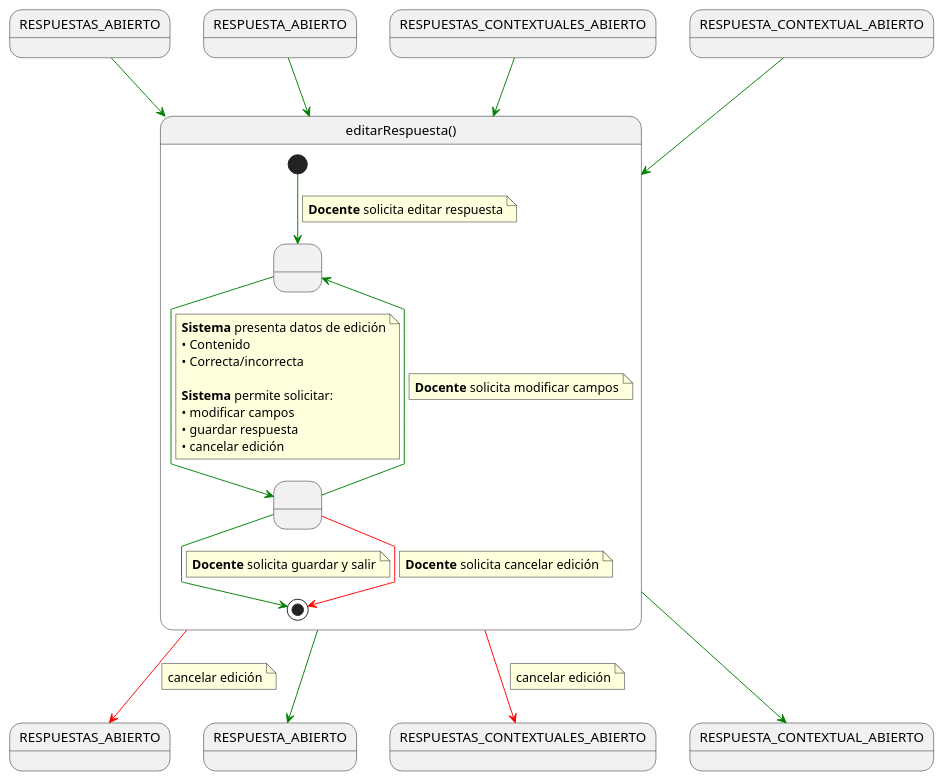
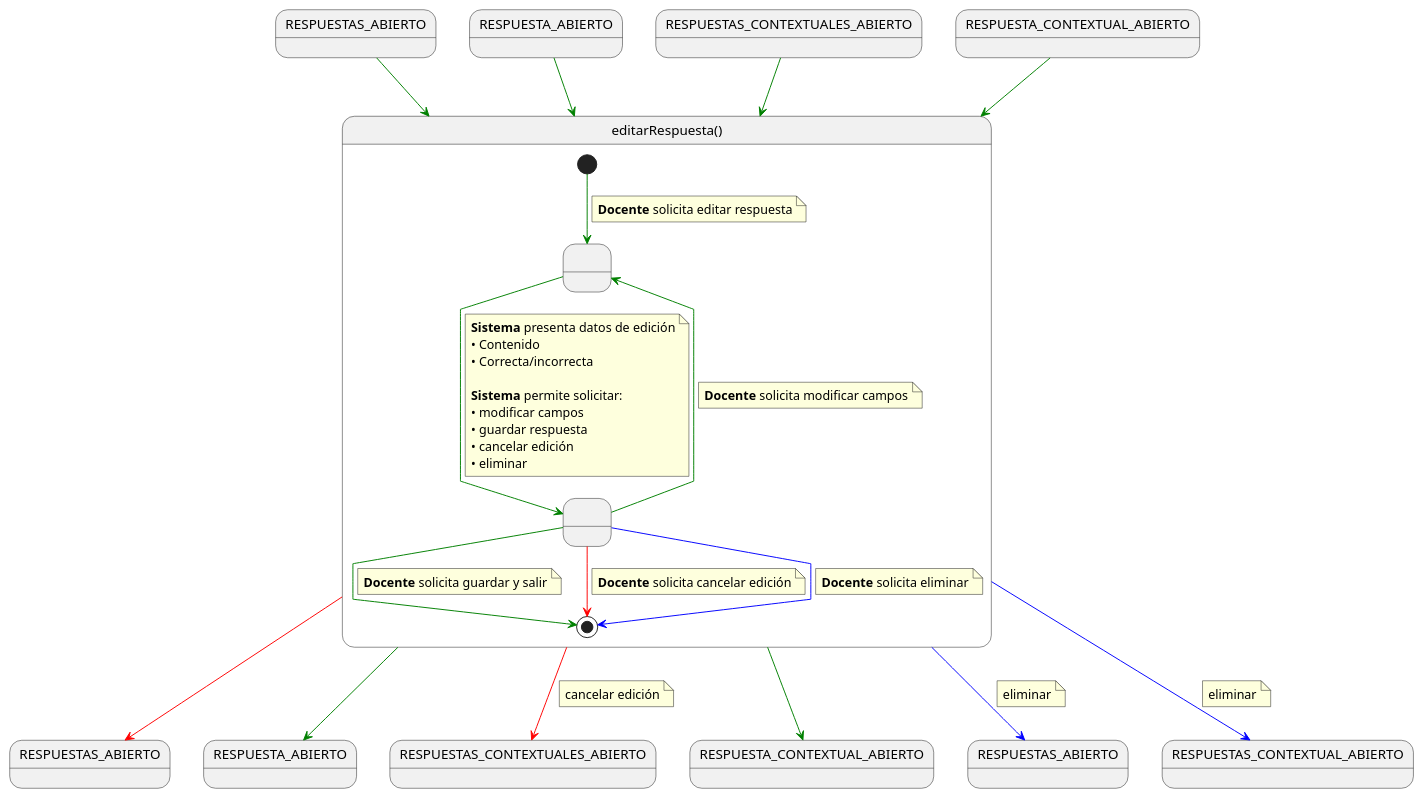
One commit to martinlopez7/25-26-IdSw1-SdR changed the diagram in documents/casos-de-uso/detalladoCasosDeUso/editarRespuesta/editarRespuesta.puml. Above: the diagram before and after it, drawn with PlantUML. The commit also changed 64 other files, not shown here.

```diff
--- a/documents/casos-de-uso/detalladoCasosDeUso/editarRespuesta/editarRespuesta.puml
+++ b/documents/casos-de-uso/detalladoCasosDeUso/editarRespuesta/editarRespuesta.puml
@@ -1,71 +1,86 @@
 @startuml
 skinparam linetype polyline
 
 state RESPUESTAS_ABIERTO
 state RESPUESTA_ABIERTO
 state RESPUESTAS_CONTEXTUALES_ABIERTO
 state RESPUESTA_CONTEXTUAL_ABIERTO
 state RESPUESTAS_ABIERTO2 as "RESPUESTAS_ABIERTO"
 state RESPUESTA_ABIERTO2 as "RESPUESTA_ABIERTO"
 state RESPUESTAS_CONTEXTUALES_ABIERTO2 as "RESPUESTAS_CONTEXTUALES_ABIERTO"
 state RESPUESTA_CONTEXTUAL_ABIERTO2 as "RESPUESTA_CONTEXTUAL_ABIERTO"
+state RESPUESTAS_ABIERTO3 as "RESPUESTAS_ABIERTO"
+state RESPUESTAS_CONTEXTUAL_ABIERTO3 as "RESPUESTAS_CONTEXTUAL_ABIERTO"
 
 RESPUESTAS_ABIERTO -[#green]-> editarRespuesta
 RESPUESTA_ABIERTO -[#green]-> editarRespuesta
 RESPUESTAS_CONTEXTUALES_ABIERTO -[#green]-> editarRespuesta
 RESPUESTA_CONTEXTUAL_ABIERTO -[#green]-> editarRespuesta
 
 state editarRespuesta as "editarRespuesta()" {
 
     state " " as EditandoDatos
     state " " as GuardandoDatos 
 
     [*] -[#green]-> EditandoDatos 
     note on link
     <b>Docente</b> solicita editar respuesta
     end note    
     
     EditandoDatos -[#green]-> GuardandoDatos
     note on link
     <b>Sistema</b> presenta datos de edición
     • Contenido
     • Correcta/incorrecta
 
     <b>Sistema</b> permite solicitar:
     • modificar campos
     • guardar respuesta
     • cancelar edición
+    • eliminar
     end note
     
     GuardandoDatos -[#green]-> EditandoDatos
     note on link
     <b>Docente</b> solicita modificar campos
     end note
     
     GuardandoDatos -[#green]-> [*]
     note on link
     <b>Docente</b> solicita guardar y salir
     end note
 
     GuardandoDatos -[#red]-> [*]
     note on link
     <b>Docente</b> solicita cancelar edición
     end note
+    
+    GuardandoDatos -[#blue]-> [*]
+    note on link
+    <b>Docente</b> solicita eliminar
+    end note
+
 }
 
 ' 3. Transiciones DE SALIDA desde editarPregunta
 
 editarRespuesta -[#green]-> RESPUESTA_CONTEXTUAL_ABIERTO2
 editarRespuesta -[#green]-> RESPUESTA_ABIERTO2
 
 editarRespuesta -[#red]-> RESPUESTAS_ABIERTO2
+
+editarRespuesta -[#blue]-> RESPUESTAS_ABIERTO3
 note on link
-cancelar edición
+eliminar
+end note
+editarRespuesta -[#blue]-> RESPUESTAS_CONTEXTUAL_ABIERTO3
+note on link
+eliminar
 end note
 
 editarRespuesta -[#red]-> RESPUESTAS_CONTEXTUALES_ABIERTO2
 note on link
 cancelar edición
 end note
 
 @enduml
```
